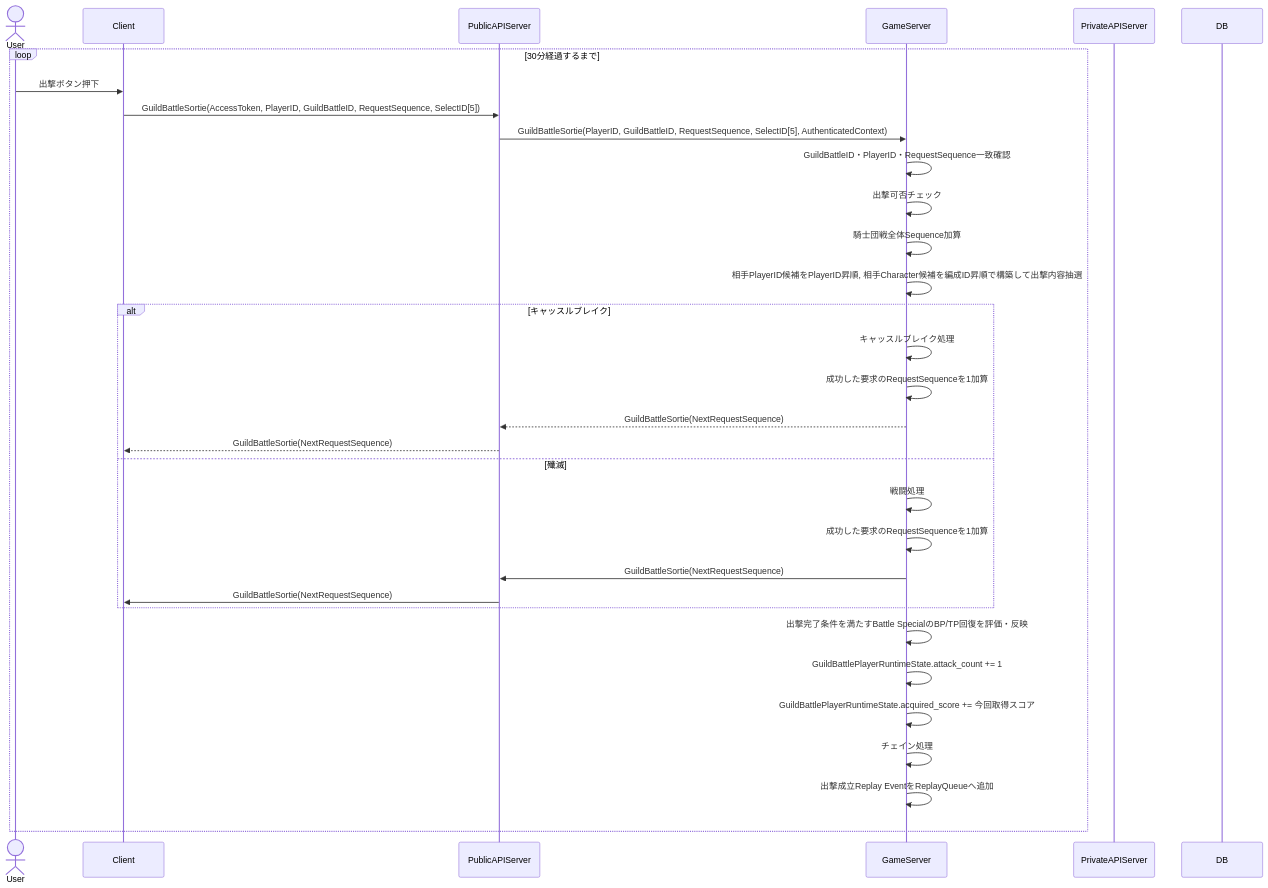
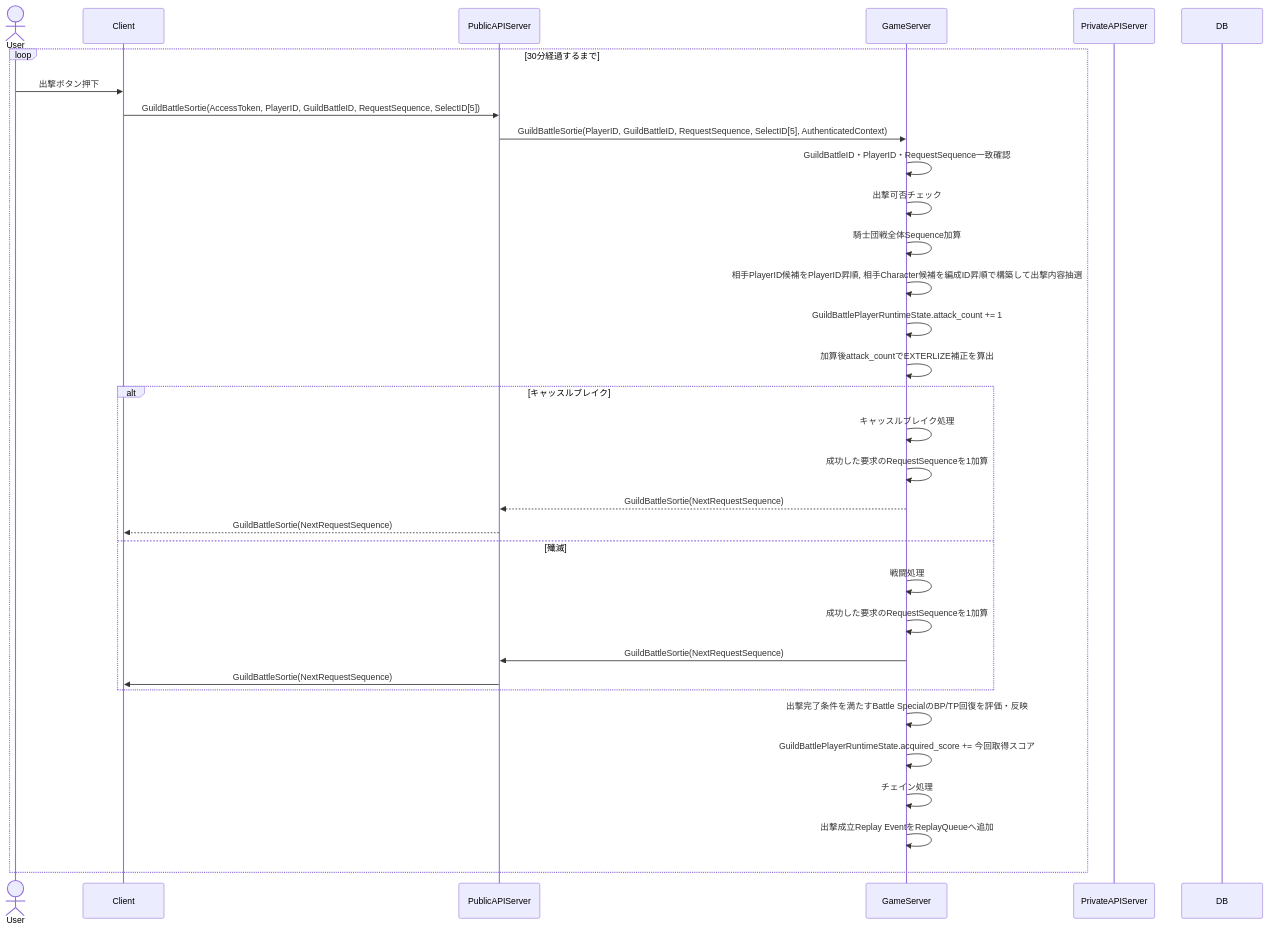
The fourth of 13 diagrams in design/server/guild_battle.md (ReHydrangeaOdyssey/Specifications), drawn with Mermaid before and after one commit. The commit also changed other lines of this file and 16 other files, not shown here.

````diff
--- a/design/server/guild_battle.md
+++ b/design/server/guild_battle.md
@@ -249,38 +249,39 @@
 ```mermaid
 sequenceDiagram
     actor User
     participant Client
     participant PublicAPIServer
     participant GameServer
     participant PrivateAPIServer
     participant DB
 
     loop 30分経過するまで
         User ->> Client: 出撃ボタン押下
         Client ->> PublicAPIServer: GuildBattleSortie(AccessToken, PlayerID, GuildBattleID, RequestSequence, SelectID[5])
         PublicAPIServer ->> GameServer: GuildBattleSortie(PlayerID, GuildBattleID, RequestSequence, SelectID[5], AuthenticatedContext)
         GameServer ->> GameServer: GuildBattleID・PlayerID・RequestSequence一致確認
         GameServer ->> GameServer: 出撃可否チェック
         GameServer ->> GameServer: 騎士団戦全体Sequence加算
         GameServer ->> GameServer: 相手PlayerID候補をPlayerID昇順, 相手Character候補を編成ID昇順で構築して出撃内容抽選
+        GameServer ->> GameServer: GuildBattlePlayerRuntimeState.attack_count += 1
+        GameServer ->> GameServer: 加算後attack_countでEXTERLIZE補正を算出
 
         alt キャッスルブレイク
             GameServer ->> GameServer: キャッスルブレイク処理
             GameServer->>GameServer: 成功した要求のRequestSequenceを1加算
             GameServer -->> PublicAPIServer: GuildBattleSortie(NextRequestSequence)
             PublicAPIServer -->> Client: GuildBattleSortie(NextRequestSequence)
         else 殲滅
             GameServer ->> GameServer: 戦闘処理
             GameServer->>GameServer: 成功した要求のRequestSequenceを1加算
             GameServer ->> PublicAPIServer: GuildBattleSortie(NextRequestSequence)
             PublicAPIServer ->> Client: GuildBattleSortie(NextRequestSequence)
         end
 
         GameServer ->> GameServer: 出撃完了条件を満たすBattle SpecialのBP/TP回復を評価・反映
-        GameServer ->> GameServer: GuildBattlePlayerRuntimeState.attack_count += 1
         GameServer ->> GameServer: GuildBattlePlayerRuntimeState.acquired_score += 今回取得スコア
         GameServer ->> GameServer: チェイン処理
 
         GameServer ->> GameServer: 出撃成立Replay EventをReplayQueueへ追加
     end
 ```
````
